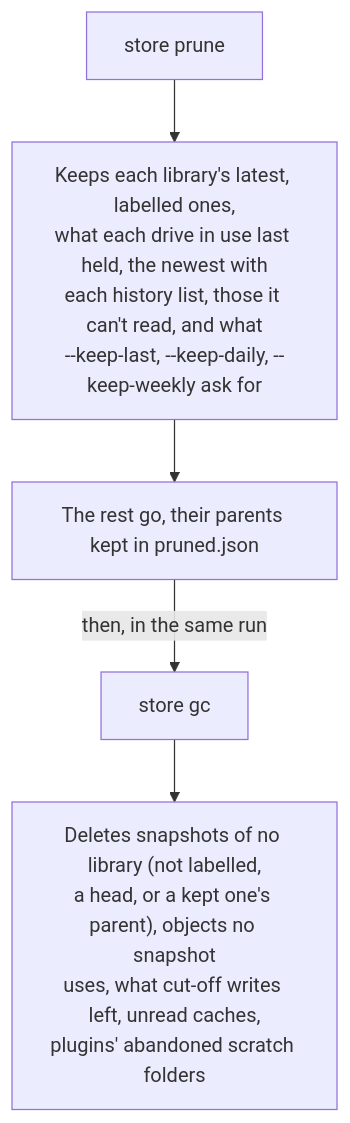
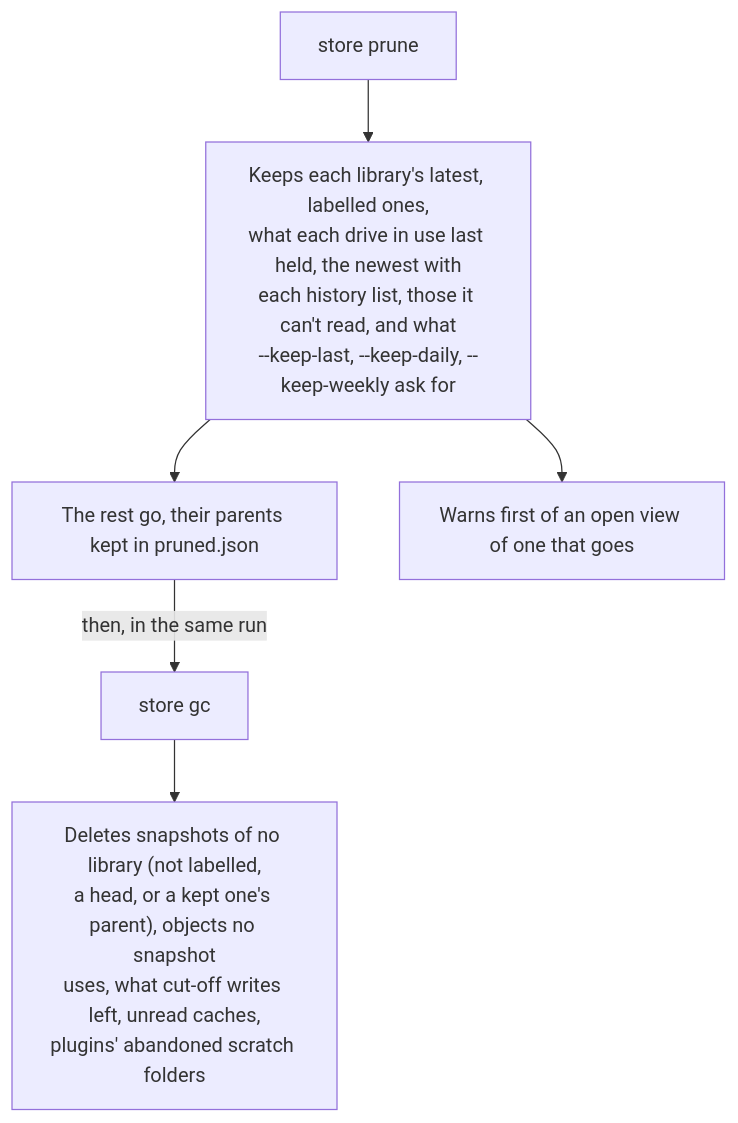
One commit to cutenode/localnetwork changed the tenth of 18 diagrams in apps/locallibrary/docs/diagrams/store-and-drives.md. Above: the diagram before and after it, drawn with Mermaid. The commit also changed other lines of this file and 6 other files, not shown here.

First line of the commit message:
docs(locallibrary): bring the diagrams up to date with the code

````diff
--- a/apps/locallibrary/docs/diagrams/store-and-drives.md
+++ b/apps/locallibrary/docs/diagrams/store-and-drives.md
@@ -221,7 +233,8 @@
 ```mermaid
 flowchart TD
     prune["store prune"] --> keep["Keeps each library's latest, labelled ones,<br/>what each drive in use last held, the newest with<br/>each history list, those it can't read, and what<br/>--keep-last, --keep-daily, --keep-weekly ask for"]
     keep --> gone["The rest go, their parents kept in pruned.json"]
+    keep --> views["Warns first of an open view of one that goes"]
     gone -->|"then, in the same run"| gc["store gc"]
     gc --> freed["Deletes snapshots of no library (not labelled,<br/>a head, or a kept one's parent), objects no snapshot<br/>uses, what cut-off writes left, unread caches,<br/>plugins' abandoned scratch folders"]
 ```
````
